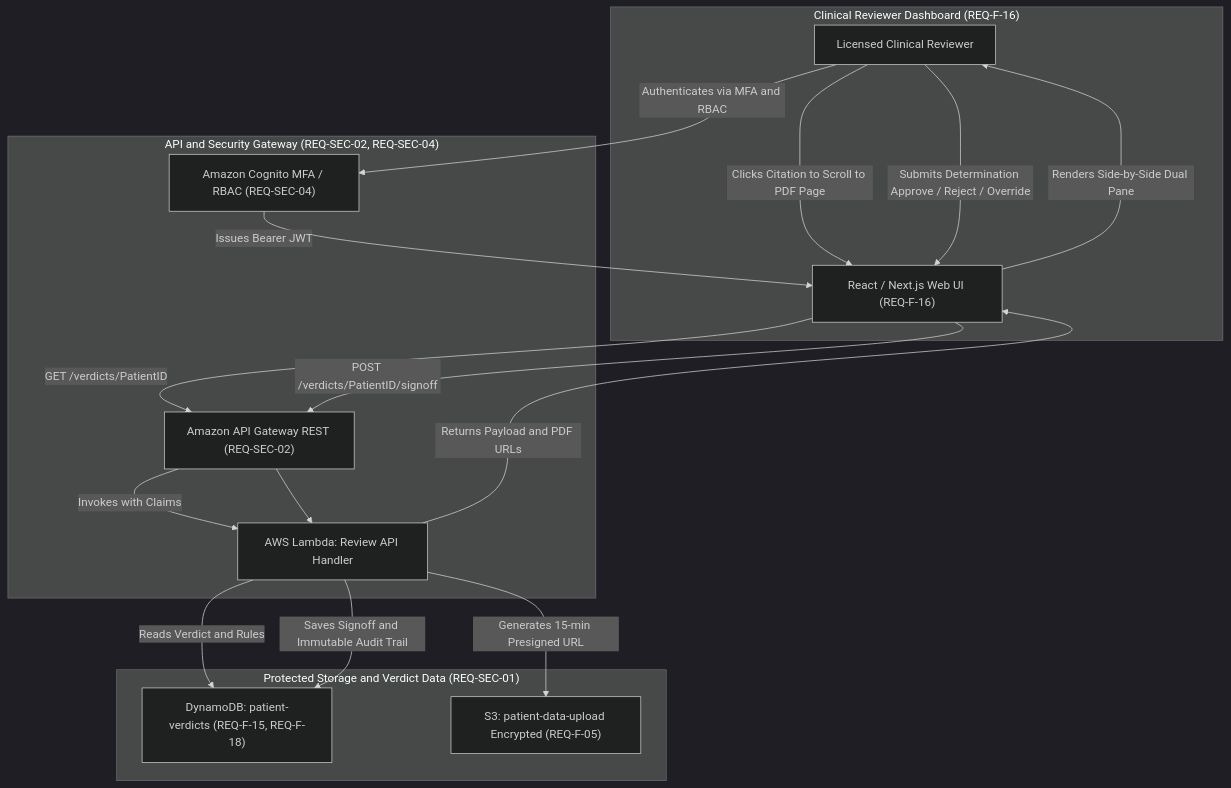
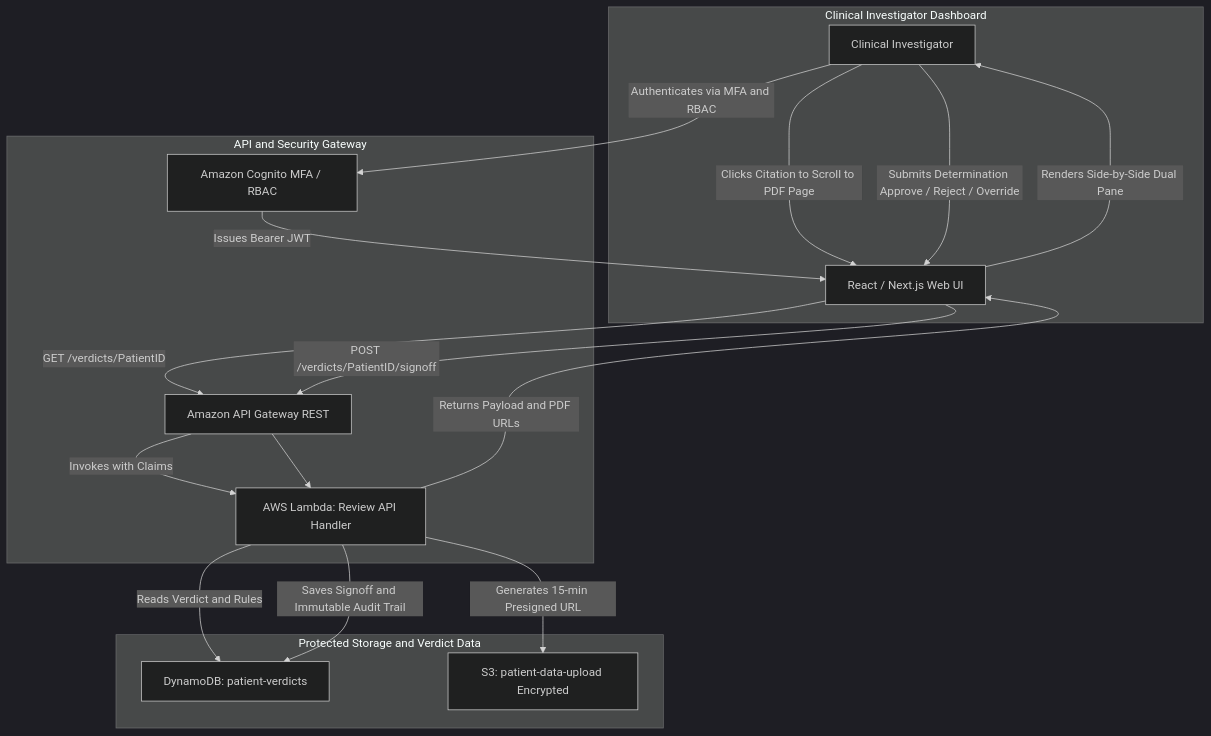
Before and after one commit to skarj/aws-solution-medical-agent: the sixth of 6 diagrams in Architecture.md, drawn with Mermaid (dark theme). The commit also changed other lines of this file and 5 other files, not shown here.

Commit message:
Remove tags from diagrams, change persona name

````diff
--- a/Architecture.md
+++ b/Architecture.md
@@ -223,32 +223,32 @@
 ```mermaid
 graph TD
-    subgraph Client_App ["Clinical Reviewer Dashboard (REQ-F-16)"]
-        DOCTOR["Licensed Clinical Reviewer"]
-        UI_VIEW["React / Next.js Web UI (REQ-F-16)"]
+    subgraph Client_App ["Clinical Investigator Dashboard"]
+        DOCTOR["Clinical Investigator"]
+        UI_VIEW["React / Next.js Web UI"]
     end
 
-    subgraph API_Edge ["API and Security Gateway (REQ-SEC-02, REQ-SEC-04)"]
-        COGNITO["Amazon Cognito MFA / RBAC (REQ-SEC-04)"]
-        APIGW["Amazon API Gateway REST (REQ-SEC-02)"]
+    subgraph API_Edge ["API and Security Gateway"]
+        COGNITO["Amazon Cognito MFA / RBAC"]
+        APIGW["Amazon API Gateway REST"]
         LAMBDA_REV["AWS Lambda: Review API Handler"]
     end
 
-    subgraph Data_Sources ["Protected Storage and Verdict Data (REQ-SEC-01)"]
-        DDB_VERDICT["DynamoDB: patient-verdicts (REQ-F-15, REQ-F-18)"]
-        S3_PATIENT["S3: patient-data-upload Encrypted (REQ-F-05)"]
+    subgraph Data_Sources ["Protected Storage and Verdict Data"]
+        DDB_VERDICT["DynamoDB: patient-verdicts"]
+        S3_PATIENT["S3: patient-data-upload Encrypted"]
     end
 
     DOCTOR -->|"Authenticates via MFA and RBAC"| COGNITO
     COGNITO -->|"Issues Bearer JWT"| UI_VIEW
     UI_VIEW -->|"GET /verdicts/PatientID"| APIGW
     APIGW -->|"Invokes with Claims"| LAMBDA_REV
     LAMBDA_REV -->|"Reads Verdict and Rules"| DDB_VERDICT
     LAMBDA_REV -->|"Generates 15-min Presigned URL"| S3_PATIENT
     LAMBDA_REV -->|"Returns Payload and PDF URLs"| UI_VIEW
     UI_VIEW -->|"Renders Side-by-Side Dual Pane"| DOCTOR
     DOCTOR -->|"Clicks Citation to Scroll to PDF Page"| UI_VIEW
     DOCTOR -->|"Submits Determination Approve / Reject / Override"| UI_VIEW
     UI_VIEW -->|"POST /verdicts/PatientID/signoff"| APIGW
     APIGW --> LAMBDA_REV
     LAMBDA_REV -->|"Saves Signoff and Immutable Audit Trail"| DDB_VERDICT
 ```
````
